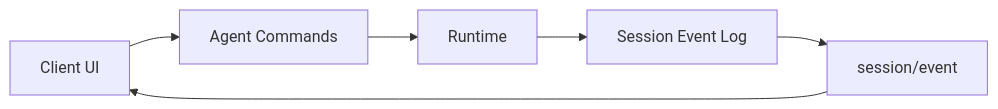
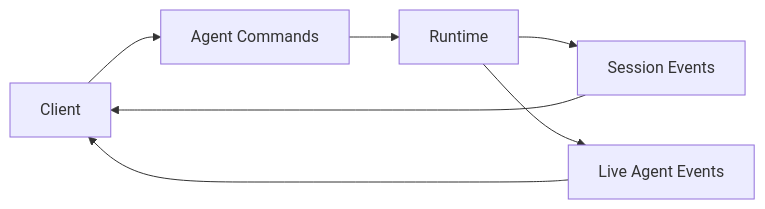
One commit to indigofeather/harness-book changed the third of 3 diagrams in docs/deepseek/integration-surfaces.md. Above: the diagram before and after it, drawn with Mermaid. The commit also changed other lines of this file and 48 other files, not shown here.

````diff
--- a/docs/deepseek/integration-surfaces.md
+++ b/docs/deepseek/integration-surfaces.md
@@ -197,8 +129,9 @@
 ```mermaid
 flowchart LR
-  UI[Client UI] --> AG[Agent Commands]
-  AG --> R[Runtime]
-  R --> S[Session Event Log]
-  S --> EV[session/event]
-  EV --> UI
+  UI[Client] --> A[Agent Commands]
+  A --> R[Runtime]
+  R --> S[Session Events]
+  R --> L[Live Agent Events]
+  S --> UI
+  L --> UI
 ```
````
